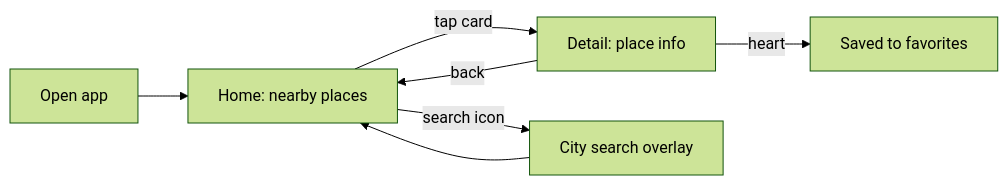
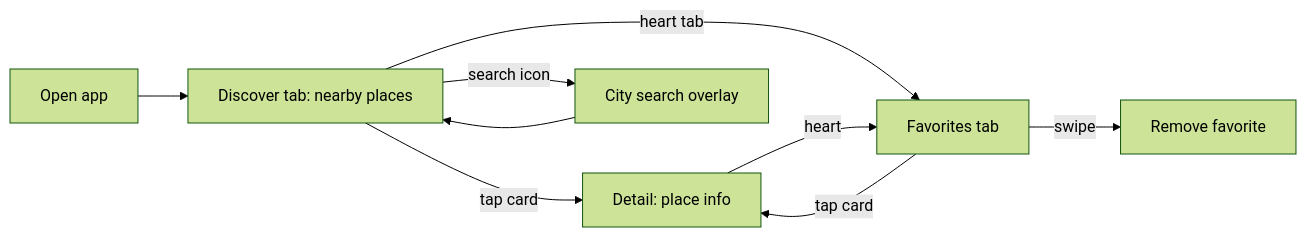
Before and after one commit to luizmellodev/Blueprint: the diagram in Documentation/Content/en/guides/about-discover.md, drawn with Mermaid (forest theme). The commit also changed other lines of this file and 14 other files, not shown here.

First line of the commit message:
Add Favorites tab flow with DI and tests

````diff
--- a/Documentation/Content/en/guides/about-discover.md
+++ b/Documentation/Content/en/guides/about-discover.md
@@ -45,9 +46,11 @@
 ```mermaid
 flowchart LR
-  Open[Open app] --> Home[Home: nearby places]
+  Open[Open app] --> Home[Discover tab: nearby places]
   Home -->|tap card| Detail[Detail: place info]
   Home -->|search icon| Search[City search overlay]
   Search --> Home
-  Detail -->|heart| Fav[Saved to favorites]
-  Detail -->|back| Home
+  Home -->|heart tab| FavTab[Favorites tab]
+  FavTab -->|tap card| Detail
+  FavTab -->|swipe| Remove[Remove favorite]
+  Detail -->|heart| FavTab
 ```
````
